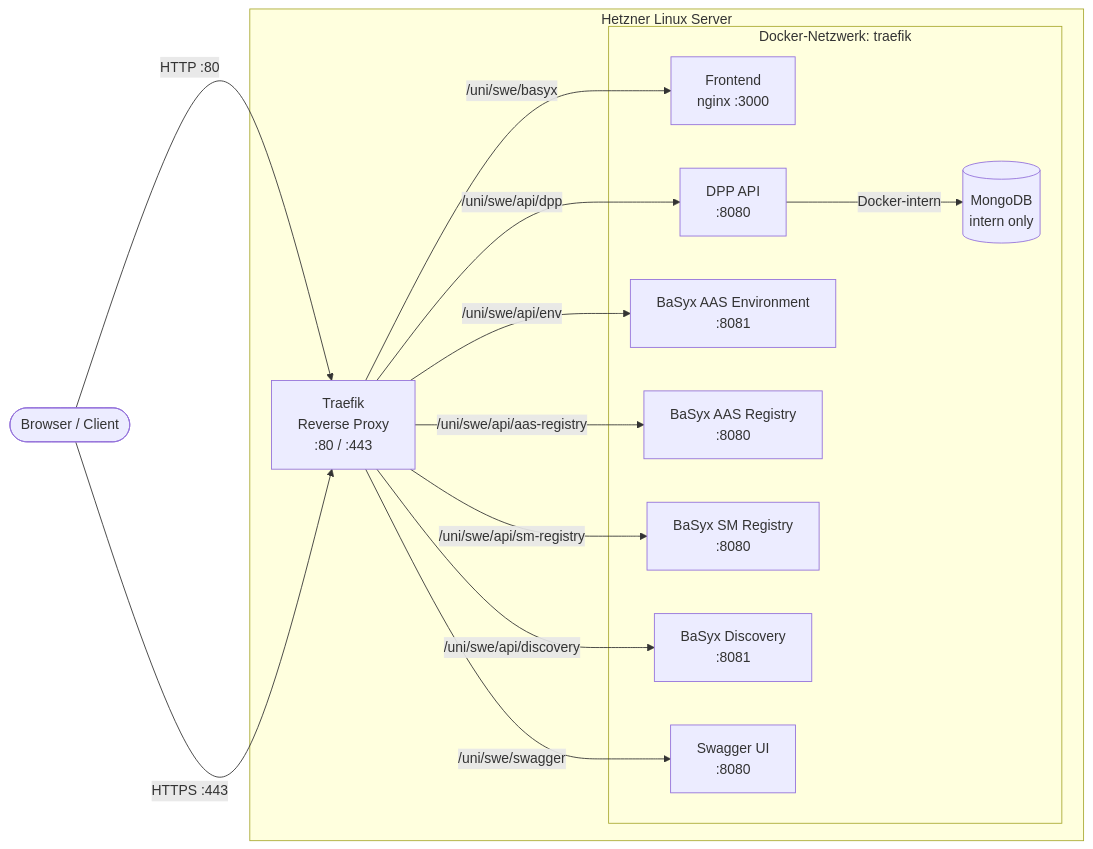
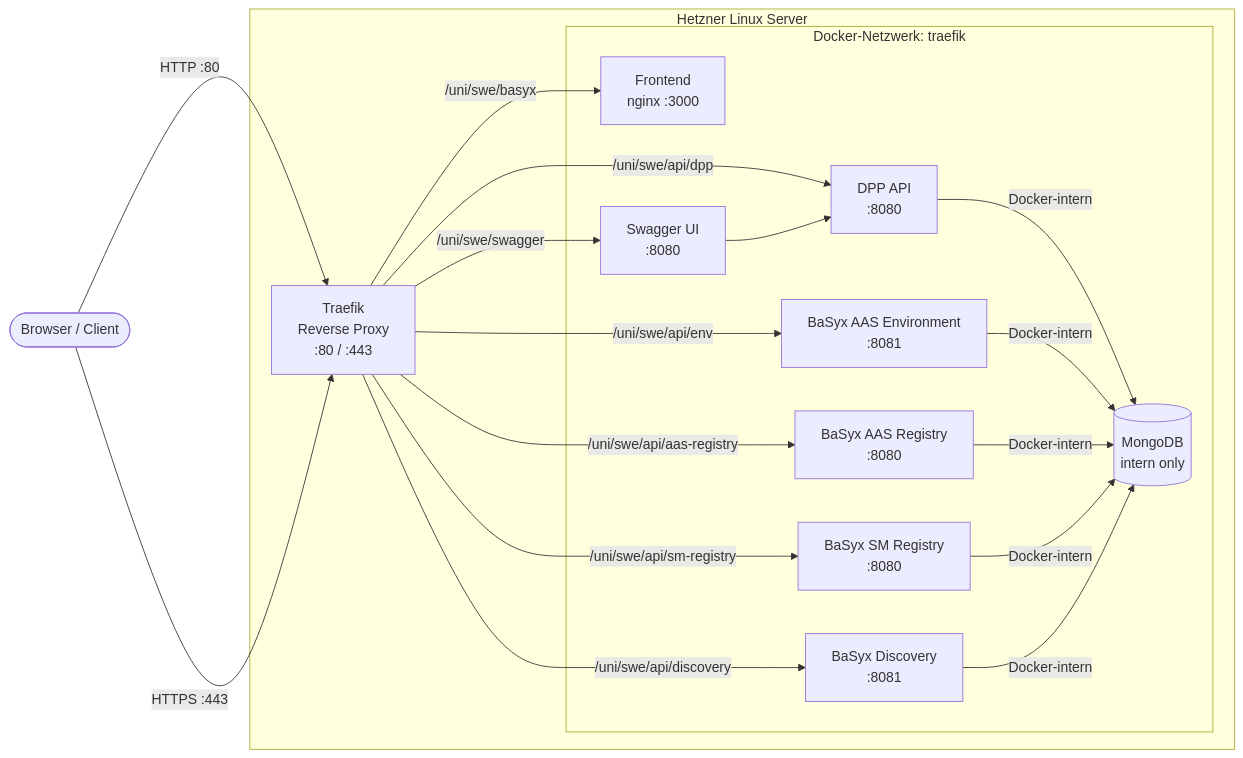
The first of 2 diagrams in PROJECT/MOD/TINF24F_6-MOD-Routing-0v1.md (DHBW-TINF24F/Team6-BaSyx-DPP-API), drawn with Mermaid before and after one commit.

Commit message:
changes to architecture overview

````diff
--- a/PROJECT/MOD/TINF24F_6-MOD-Routing-0v1.md
+++ b/PROJECT/MOD/TINF24F_6-MOD-Routing-0v1.md
@@ -39,32 +39,38 @@
 ```mermaid
 graph LR
     Client(["Browser / Client"])
 
     subgraph "Hetzner Linux Server"
         Traefik["Traefik\nReverse Proxy\n:80 / :443"]
 
         subgraph "Docker-Netzwerk: traefik"
             Frontend["Frontend\nnginx :3000"]
             DPPAPI["DPP API\n:8080"]
             BaSyxEnv["BaSyx AAS Environment\n:8081"]
             BaSyxAASReg["BaSyx AAS Registry\n:8080"]
             BaSyxSMReg["BaSyx SM Registry\n:8080"]
             BaSyxDisc["BaSyx Discovery\n:8081"]
             Swagger["Swagger UI\n:8080"]
             MongoDB[("MongoDB\nintern only")]
         end
     end
 
     Client -->|"HTTP :80"| Traefik
     Client -->|"HTTPS :443"| Traefik
 
     Traefik -->|"/uni/swe/basyx"| Frontend
     Traefik -->|"/uni/swe/api/dpp"| DPPAPI
     Traefik -->|"/uni/swe/api/env"| BaSyxEnv
     Traefik -->|"/uni/swe/api/aas-registry"| BaSyxAASReg
     Traefik -->|"/uni/swe/api/sm-registry"| BaSyxSMReg
     Traefik -->|"/uni/swe/api/discovery"| BaSyxDisc
     Traefik -->|"/uni/swe/swagger"| Swagger
 
     DPPAPI -->|"Docker-intern"| MongoDB
+    BaSyxEnv -->|"Docker-intern"| MongoDB
+    BaSyxAASReg -->|"Docker-intern"| MongoDB
+    BaSyxSMReg -->|"Docker-intern"| MongoDB
+    BaSyxDisc -->|"Docker-intern"| MongoDB
+
+    Swagger --> DPPAPI
 ```
````
